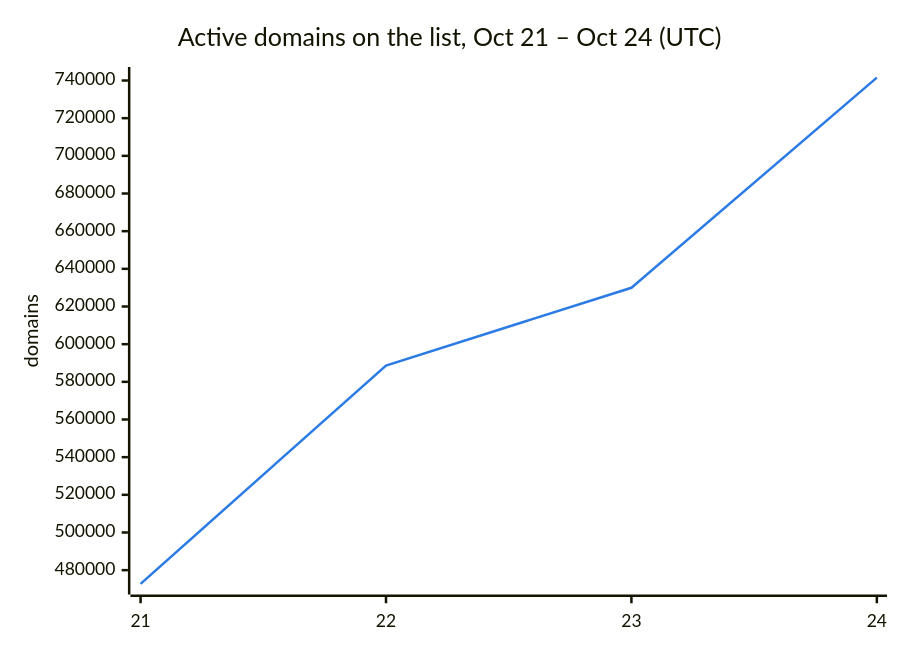
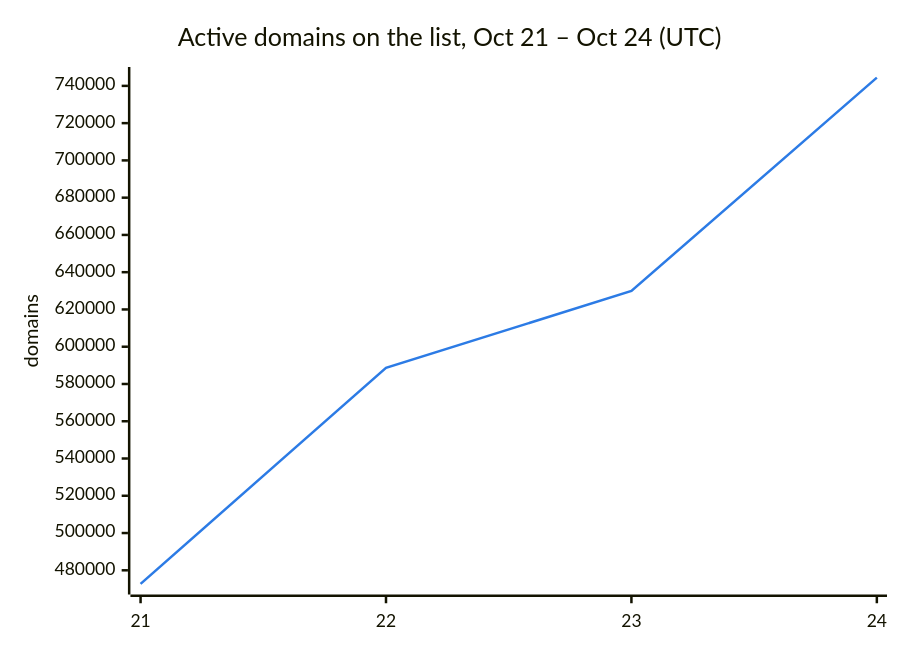
One commit to DNSBunker/CTI changed the second of 3 diagrams in README.md. Above: the diagram before and after it, drawn with Mermaid. The commit also changed other lines of this file and 3 other files, not shown here.

````diff
--- a/README.md
+++ b/README.md
@@ -38,8 +38,8 @@
 ```mermaid
 %%{init: {"themeVariables": {"xyChart": {"plotColorPalette": "#2c7be5"}}}}%%
 xychart-beta
     title "Active domains on the list, Oct 21 – Oct 24 (UTC)"
     x-axis ["21", "22", "23", "24"]
     y-axis "domains"
-    line [472713, 588659, 629951, 741535]
+    line [472713, 588659, 629951, 744428]
 ```
````
